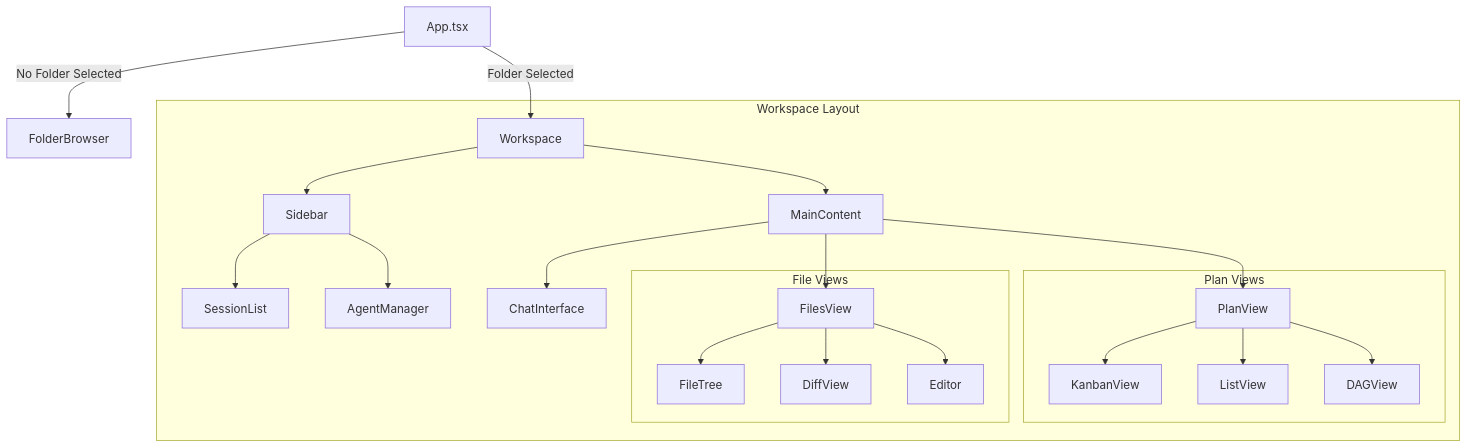
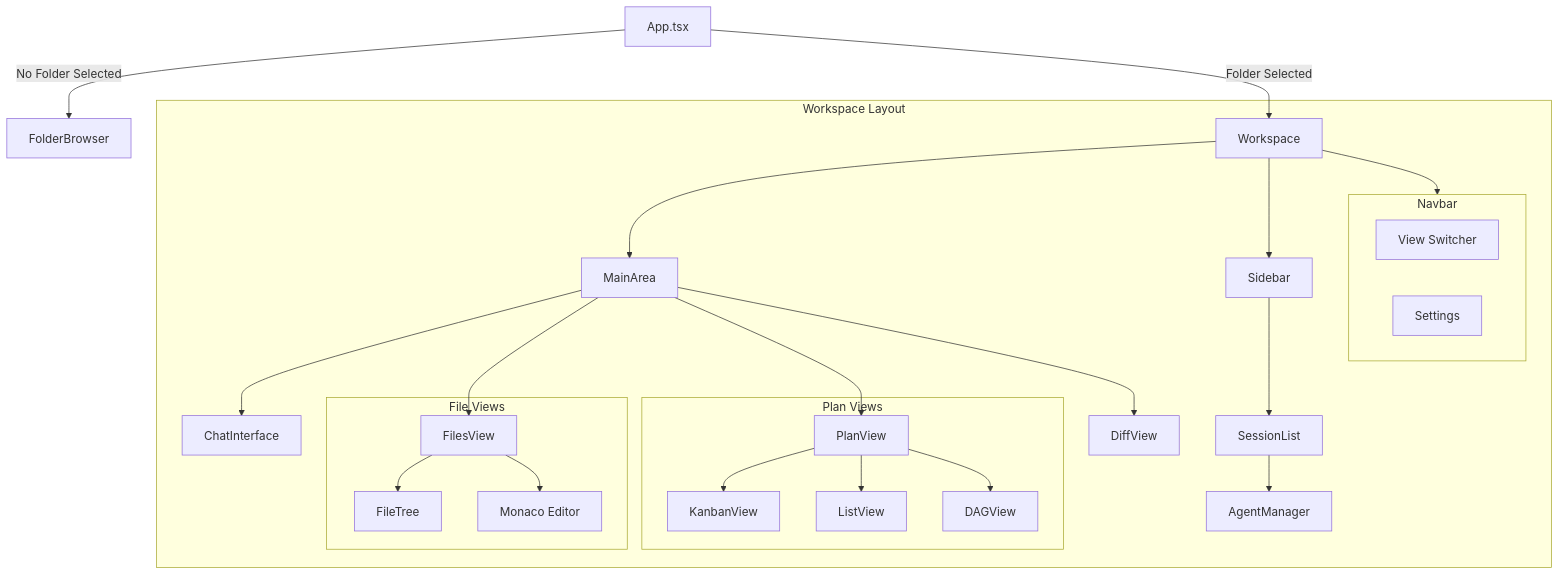
Before and after one commit to HexaField/opencode-web-ui: the second of 2 diagrams in architecture.md, drawn with Mermaid. The commit also changed other lines of this file and 4 other files, not shown here.

Commit message:
feat: spawn per-workspace worker for OpencodeManager; add Agent API/UI, DiffView and Monaco editor; improve Radicle timeouts and server error logging

````diff
--- a/architecture.md
+++ b/architecture.md
@@ -66,31 +73,38 @@
 ```mermaid
 graph TD
     App[App.tsx]
 
     App -->|No Folder Selected| FolderBrowser
     App -->|Folder Selected| Workspace
 
     subgraph "Workspace Layout"
+        Workspace --> Navbar
+        Workspace --> MainArea
+
+        subgraph Navbar
+            NavControls[View Switcher]
+            SettingsBtn[Settings]
+        end
+
         Workspace --> Sidebar
-        Workspace --> MainContent
 
         Sidebar --> SessionList
-        Sidebar --> AgentManager
+        SessionList --> AgentManager
 
-        MainContent --> ChatInterface
-        MainContent --> FilesView
-        MainContent --> PlanView
+        MainArea --> ChatInterface
+        MainArea --> FilesView
+        MainArea --> PlanView
+        MainArea --> DiffView
 
         subgraph "Plan Views"
             PlanView --> KanbanView
             PlanView --> ListView
             PlanView --> DAGView
         end
 
         subgraph "File Views"
             FilesView --> FileTree
-            FilesView --> DiffView
-            FilesView --> Editor
+            FilesView --> Editor[Monaco Editor]
         end
     end
 ```
````
